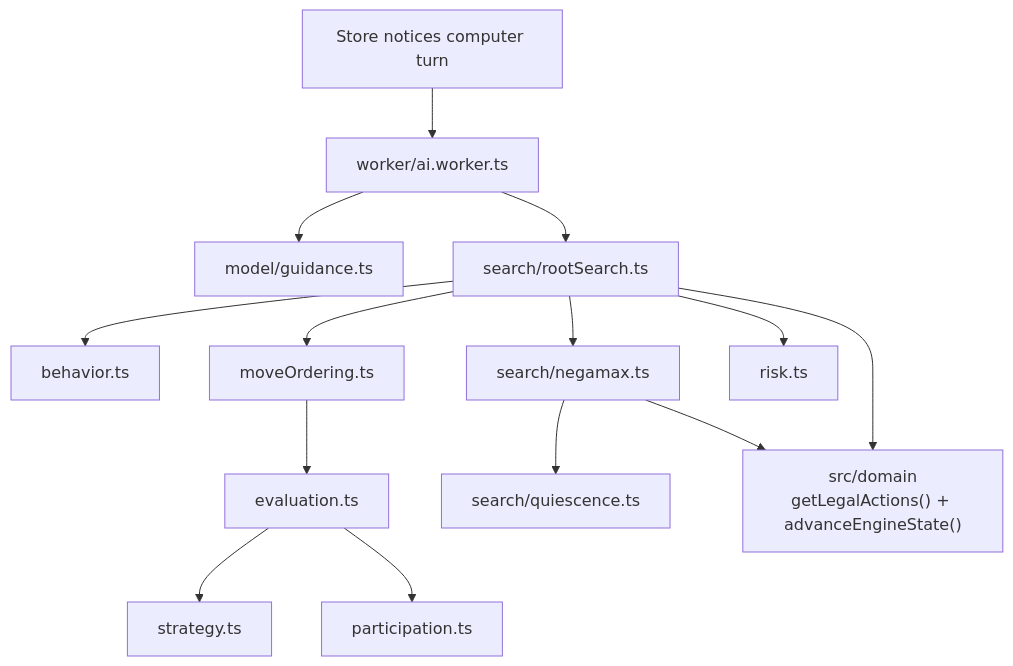
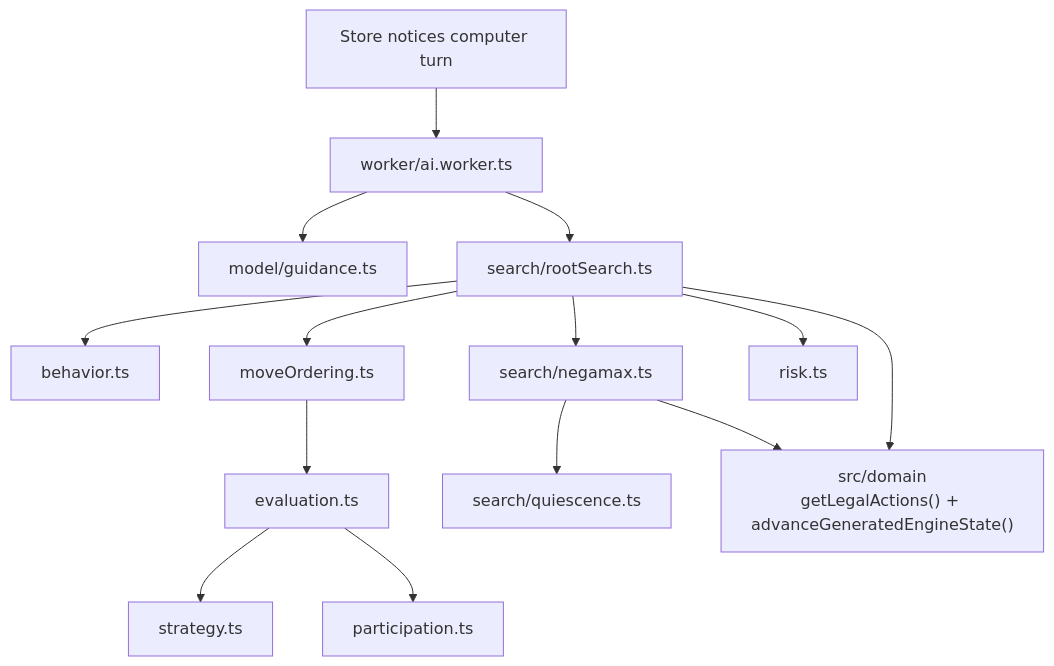
The first of 5 diagrams in src/ai/README.md (kstroevsky/youi-checkers), drawn with Mermaid before and after one commit. The commit also changed other lines of this file and 8 other files, not shown here.

````diff
--- a/src/ai/README.md
+++ b/src/ai/README.md
@@ -22,16 +22,16 @@
 ```mermaid
 flowchart TD
   Store["Store notices computer turn"] --> Worker["worker/ai.worker.ts"]
   Worker --> Guidance["model/guidance.ts"]
   Worker --> Root["search/rootSearch.ts"]
   Root --> Behavior["behavior.ts"]
   Root --> Order["moveOrdering.ts"]
   Root --> Negamax["search/negamax.ts"]
   Root --> Risk["risk.ts"]
   Negamax --> Quiescence["search/quiescence.ts"]
   Order --> Eval["evaluation.ts"]
   Eval --> Strategy["strategy.ts"]
   Eval --> Participation["participation.ts"]
-  Root --> Domain["src/domain<br/>getLegalActions() + advanceEngineState()"]
+  Root --> Domain["src/domain<br/>getLegalActions() + advanceGeneratedEngineState()"]
   Negamax --> Domain
 ```
````
